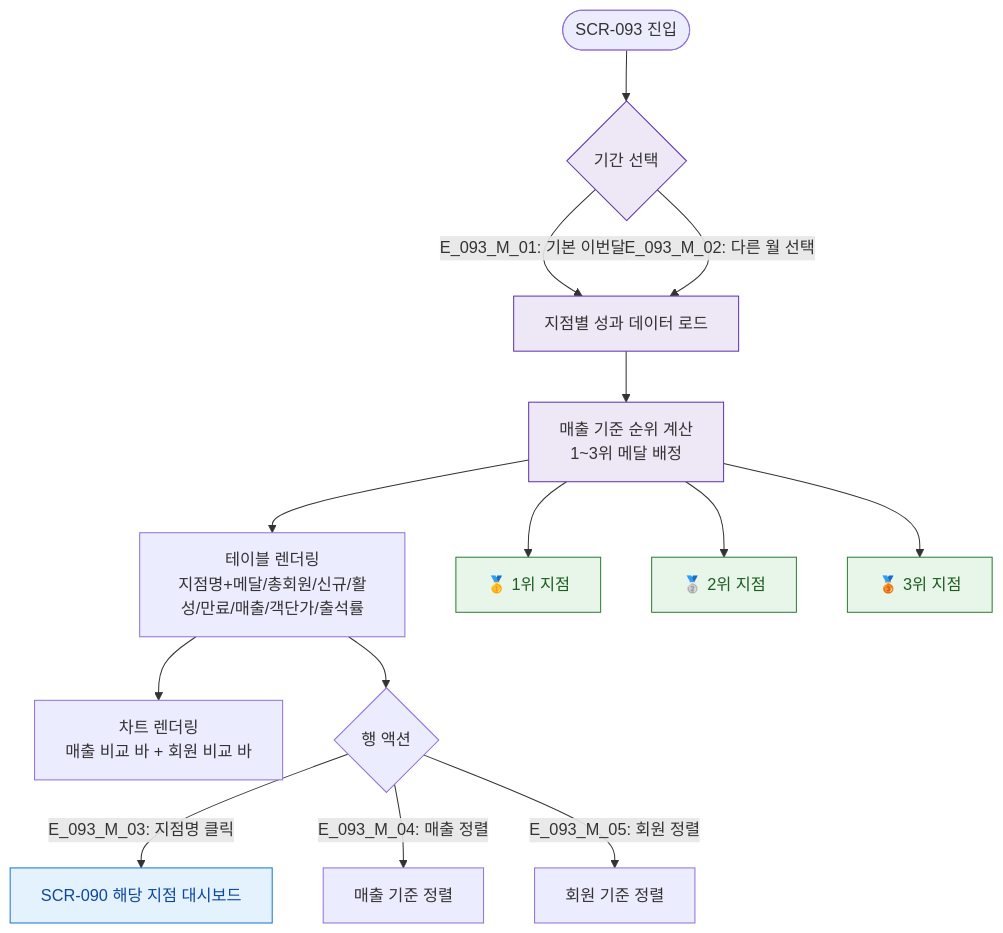
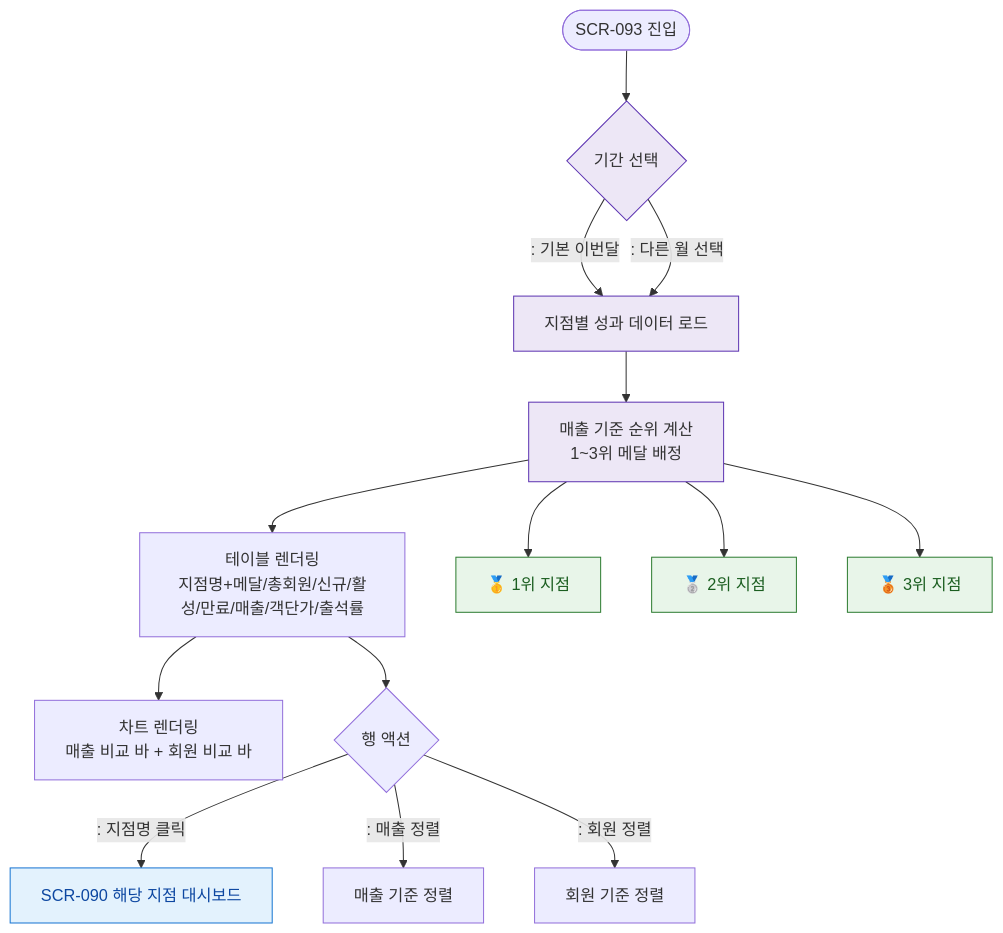
Before and after one commit to dev-spogym/admin-pando: the diagram in docs/다이어그램/D10_본사관리/SCR-093_지점성과리포트/F2_메인.md, drawn with Mermaid. The commit also changed other lines of this file and 1660 other files, not shown here.

First line of the commit message:
다이어그램: 기획자/클라이언트 납품본으로 정리

````diff
--- a/docs/다이어그램/D10_본사관리/SCR-093_지점성과리포트/F2_메인.md
+++ b/docs/다이어그램/D10_본사관리/SCR-093_지점성과리포트/F2_메인.md
@@ -14,28 +12,28 @@
 ```mermaid
 flowchart TD
   Start([SCR-093 진입]) --> PeriodSelect{기간 선택}
-  PeriodSelect -->|"E_093_M_01: 기본 이번달"| LoadData[지점별 성과 데이터 로드]
-  PeriodSelect -->|"E_093_M_02: 다른 월 선택"| LoadData
+  PeriodSelect -->|": 기본 이번달"|LoadData[지점별 성과 데이터 로드]
+  PeriodSelect -->|": 다른 월 선택"|LoadData
 
   LoadData --> RankCalc[매출 기준 순위 계산\n1~3위 메달 배정]
   RankCalc --> Render[테이블 렌더링\n지점명+메달/총회원/신규/활성/만료/매출/객단가/출석률]
 
   Render --> Charts[차트 렌더링\n매출 비교 바 + 회원 비교 바]
 
   Render --> RowAction{행 액션}
-  RowAction -->|"E_093_M_03: 지점명 클릭"| SCR_090[SCR-090 해당 지점 대시보드]
-  RowAction -->|"E_093_M_04: 매출 정렬"| SortRevenue[매출 기준 정렬]
-  RowAction -->|"E_093_M_05: 회원 정렬"| SortMembers[회원 기준 정렬]
+  RowAction -->|": 지점명 클릭"|SCR_090[SCR-090 해당 지점 대시보드]
+  RowAction -->|": 매출 정렬"|SortRevenue[매출 기준 정렬]
+  RowAction -->|": 회원 정렬"|SortMembers[회원 기준 정렬]
 
   RankCalc --> Medal1[🥇 1위 지점]
   RankCalc --> Medal2[🥈 2위 지점]
   RankCalc --> Medal3[🥉 3위 지점]
 
   classDef screen fill:#E3F2FD,stroke:#1976D2,color:#0D47A1
   classDef system fill:#EDE7F6,stroke:#5E35B2
   classDef success fill:#E8F5E9,stroke:#2E7D32,color:#1B5E20
 
   class SCR_090 screen
   class LoadData,RankCalc,PeriodSelect system
   class Medal1,Medal2,Medal3 success
 ```
````
